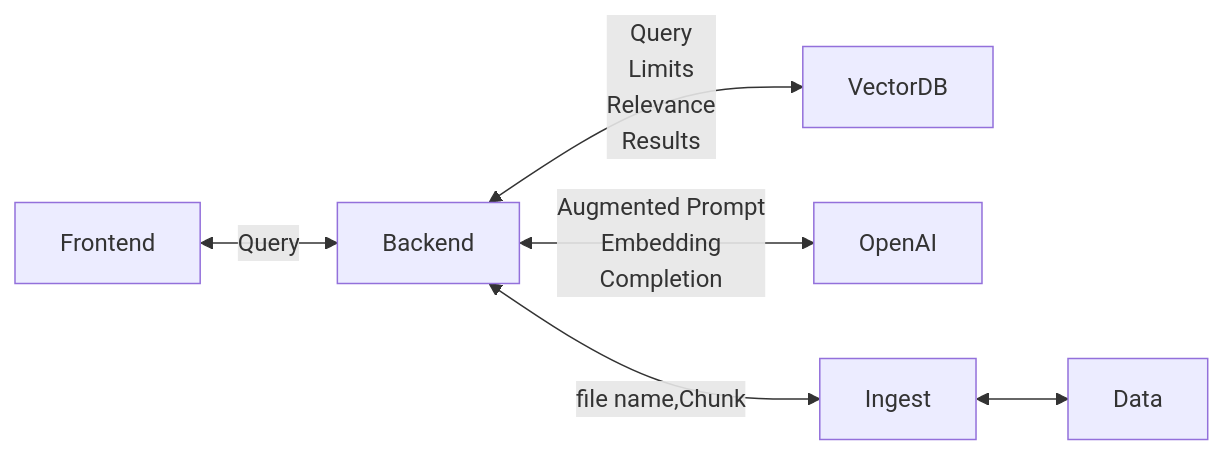
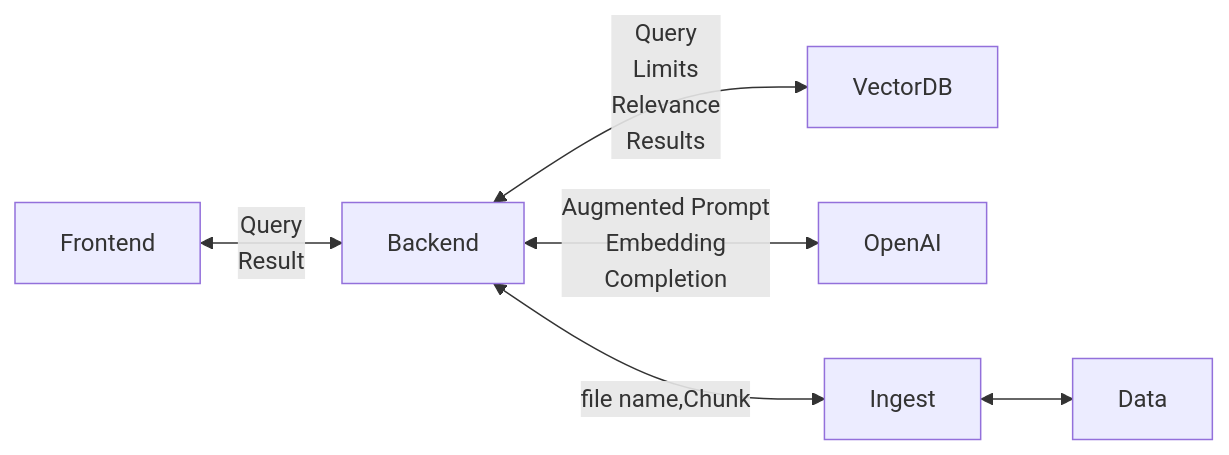
The diagram in README.md (msalemor/sk-rag-pattern), drawn with Mermaid before and after one commit.

````diff
--- a/README.md
+++ b/README.md
@@ -7,8 +7,8 @@
 ```mermaid
 graph LR;
-Frontend<--Query-->Backend
+Frontend<--Query<br/>Result-->Backend
 Backend<--Query<br/>Limits<br/>Relevance<br/>Results-->VectorDB
 Backend<--Augmented Prompt<br/>Embedding</br>Completion-->OpenAI
 Backend<--file name,Chunk-->Ingest
 Ingest<-->Data
 ```
````
